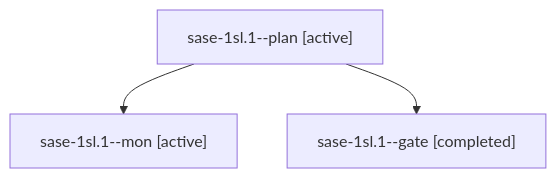
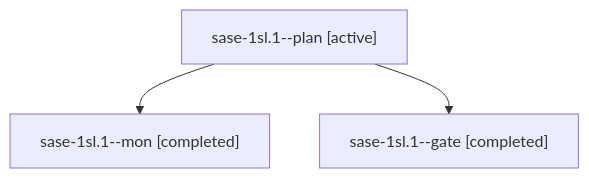
Before and after one commit to sase-org/sase--agents: the diagram in sessions/bbugyi200.athena.sase-1sl.1.md, drawn with Mermaid. The commit also changed other lines of this file and 53 other files, not shown here.

````diff
--- a/sessions/bbugyi200.athena.sase-1sl.1.md
+++ b/sessions/bbugyi200.athena.sase-1sl.1.md
@@ -9,8 +9,8 @@
 ```mermaid
 flowchart TD
   n0["sase-1sl.1--plan [active]"]
-  n1["sase-1sl.1--mon [active]"]
+  n1["sase-1sl.1--mon [completed]"]
   n0 --> n1
   n2["sase-1sl.1--gate [completed]"]
   n0 --> n2
 ```
````
